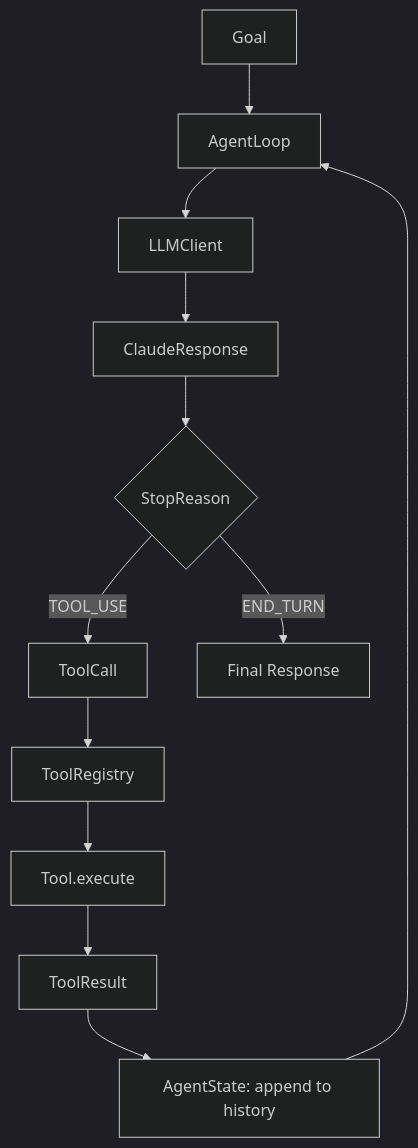
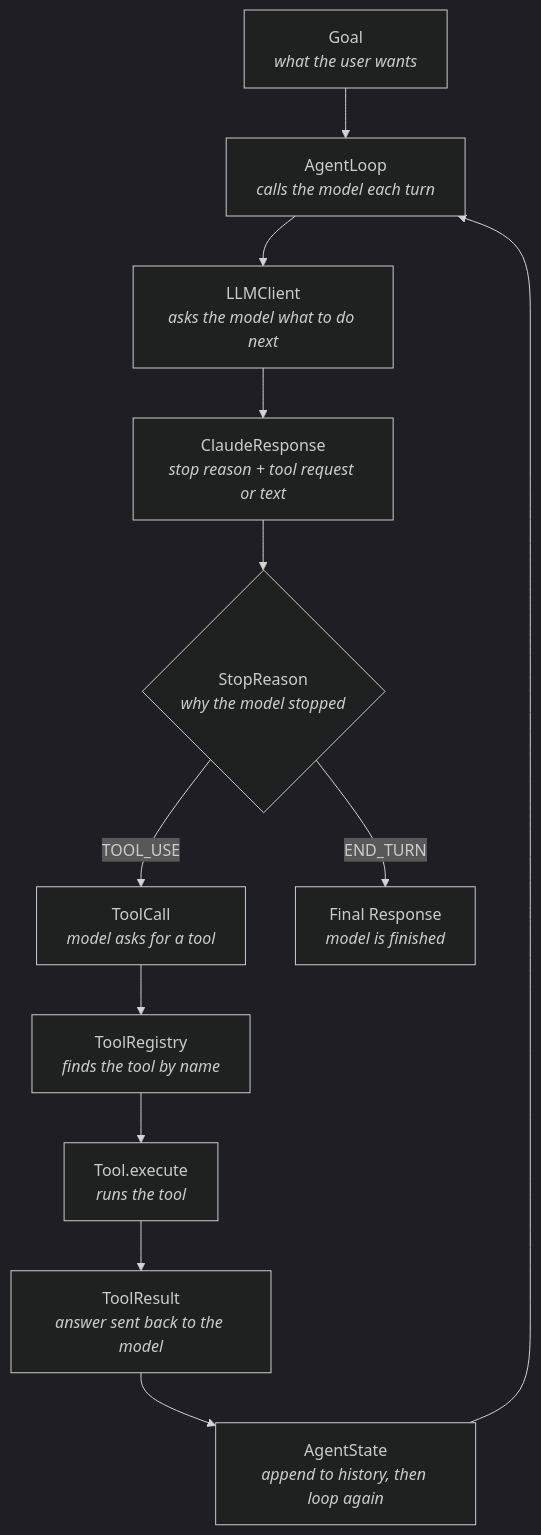
Before and after one commit to YashzAlphaGeek/agent-engineering-lab: the third of 6 diagrams in README.md, drawn with Mermaid (dark theme). The commit also changed other lines of this file and 45 other files, not shown here.

Commit message:
added interface for model based and rule based approach and mermaid fixes

````diff
--- a/README.md
+++ b/README.md
@@ -142,17 +157,17 @@
 ```mermaid
 flowchart TD
 
-    G[Goal] --> L[AgentLoop]
-    L --> M[LLMClient]
-    M --> CR[ClaudeResponse]
-    CR --> D{StopReason}
+    G["Goal<br/><i>what the user wants</i>"] --> L["AgentLoop<br/><i>calls the model each turn</i>"]
+    L --> M["LLMClient<br/><i>asks the model what to do next</i>"]
+    M --> CR["ClaudeResponse<br/><i>stop reason + tool request or text</i>"]
+    CR --> D{"StopReason<br/><i>why the model stopped</i>"}
 
-    D -->|TOOL_USE| TC[ToolCall]
-    TC --> R[ToolRegistry]
-    R --> T[Tool.execute]
-    T --> TR[ToolResult]
-    TR --> S[AgentState: append to history]
+    D -->|TOOL_USE| TC["ToolCall<br/><i>model asks for a tool</i>"]
+    TC --> R["ToolRegistry<br/><i>finds the tool by name</i>"]
+    R --> T["Tool.execute<br/><i>runs the tool</i>"]
+    T --> TR["ToolResult<br/><i>answer sent back to the model</i>"]
+    TR --> S["AgentState<br/><i>append to history, then loop again</i>"]
     S --> L
 
-    D -->|END_TURN| F[Final Response]
+    D -->|END_TURN| F["Final Response<br/><i>model is finished</i>"]
 ```
````
